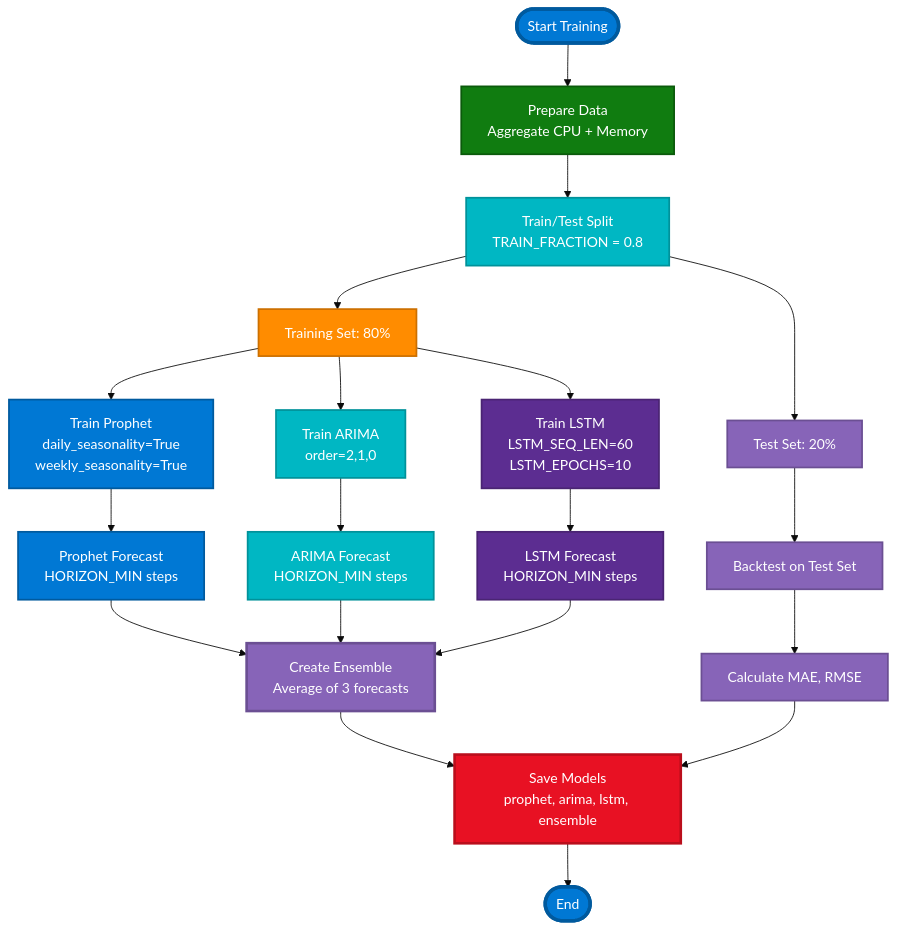
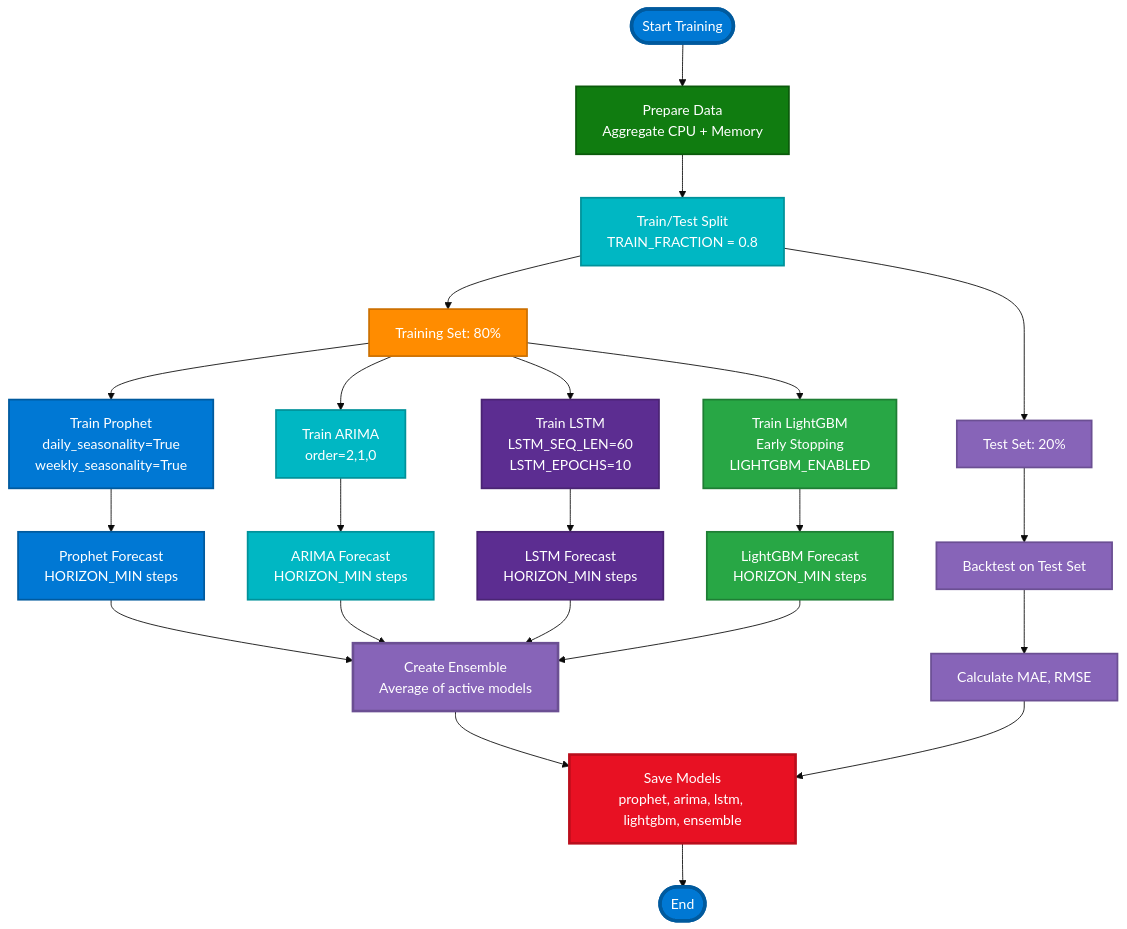
Before and after one commit to k8sautom8/metrics-ml: the fourth of 11 diagrams in Docs/VISUAL_ARCHITECTURE_GUIDE.md, drawn with Mermaid (base theme). The commit also changed other lines of this file and 6 other files, not shown here.

````diff
--- a/Docs/VISUAL_ARCHITECTURE_GUIDE.md
+++ b/Docs/VISUAL_ARCHITECTURE_GUIDE.md
@@ -325,52 +354,57 @@
 ```mermaid
 flowchart TD
     Start([Start Training]) --> DataPrep[Prepare Data<br/>Aggregate CPU + Memory]
     
     DataPrep --> Split[Train/Test Split<br/>TRAIN_FRACTION = 0.8]
     
     Split --> TrainSet[Training Set: 80%]
     Split --> TestSet[Test Set: 20%]
     
     TrainSet --> Prophet[Train Prophet<br/>daily_seasonality=True<br/>weekly_seasonality=True]
     TrainSet --> ARIMA[Train ARIMA<br/>order=2,1,0]
     TrainSet --> LSTM[Train LSTM<br/>LSTM_SEQ_LEN=60<br/>LSTM_EPOCHS=10]
+    TrainSet --> LightGBM[Train LightGBM<br/>Early Stopping<br/>LIGHTGBM_ENABLED]
     
     Prophet --> PForecast[Prophet Forecast<br/>HORIZON_MIN steps]
     ARIMA --> AForecast[ARIMA Forecast<br/>HORIZON_MIN steps]
     LSTM --> LForecast[LSTM Forecast<br/>HORIZON_MIN steps]
+    LightGBM --> LGForecast[LightGBM Forecast<br/>HORIZON_MIN steps]
     
-    PForecast --> Ensemble[Create Ensemble<br/>Average of 3 forecasts]
+    PForecast --> Ensemble[Create Ensemble<br/>Average of active models]
     AForecast --> Ensemble
     LForecast --> Ensemble
+    LGForecast --> Ensemble
     
-    Ensemble --> Save[Save Models<br/>prophet, arima, lstm, ensemble]
+    Ensemble --> Save[Save Models<br/>prophet, arima, lstm, lightgbm, ensemble]
     
     TestSet --> Backtest[Backtest on Test Set]
     Backtest --> Metrics[Calculate MAE, RMSE]
     Metrics --> Save
     
     Save --> End([End])
     
     classDef startEnd fill:#0078D4,stroke:#005A9E,stroke-width:4px,color:#fff
     classDef dataPrep fill:#107C10,stroke:#0B5A0B,stroke-width:2px,color:#fff
     classDef split fill:#00B7C3,stroke:#00929A,stroke-width:2px,color:#fff
     classDef trainSet fill:#FF8C00,stroke:#CC7000,stroke-width:2px,color:#fff
     classDef testSet fill:#8764B8,stroke:#6B4F93,stroke-width:2px,color:#fff
     classDef prophet fill:#0078D4,stroke:#005A9E,stroke-width:2px,color:#fff
     classDef arima fill:#00B7C3,stroke:#00929A,stroke-width:2px,color:#fff
     classDef lstm fill:#5C2D91,stroke:#4A2473,stroke-width:2px,color:#fff
+    classDef lightgbm fill:#28A745,stroke:#1E7E34,stroke-width:2px,color:#fff
     classDef ensemble fill:#8764B8,stroke:#6B4F93,stroke-width:3px,color:#fff
     classDef save fill:#E81123,stroke:#BA0E1C,stroke-width:3px,color:#fff
     classDef backtest fill:#FF8C00,stroke:#CC7000,stroke-width:2px,color:#fff
     
     class Start,End startEnd
     class DataPrep dataPrep
     class Split split
     class TrainSet trainSet
     class TestSet,Backtest,Metrics testSet
     class Prophet,PForecast prophet
     class ARIMA,AForecast arima
     class LSTM,LForecast lstm
+    class LightGBM,LGForecast lightgbm
     class Ensemble ensemble
     class Save save
 ```
````
